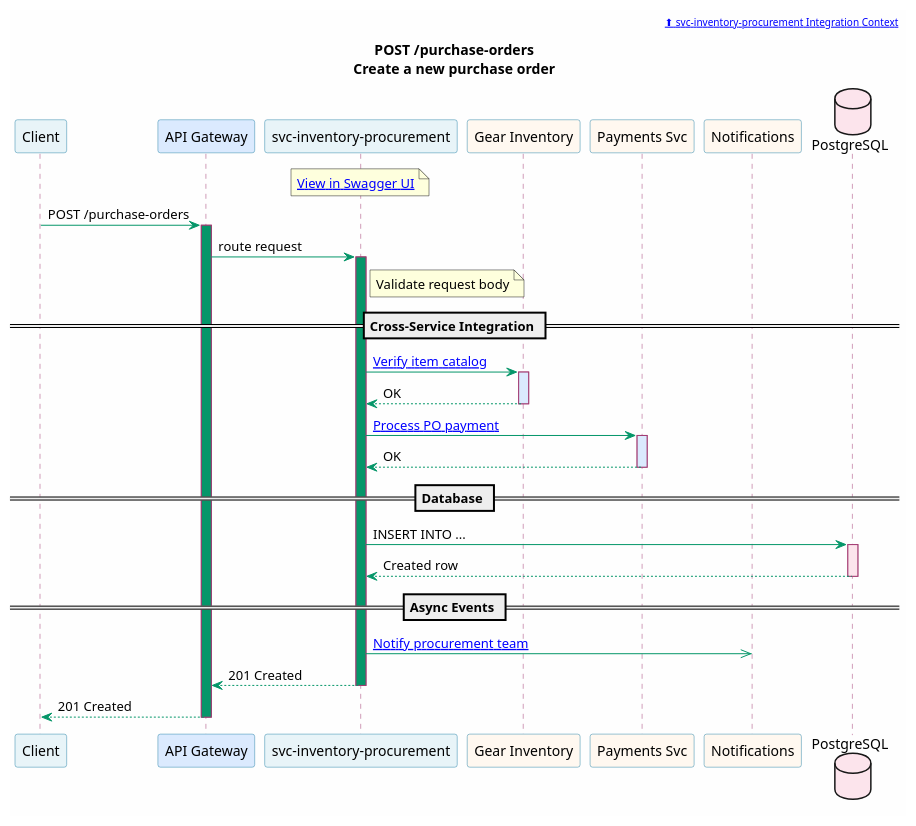
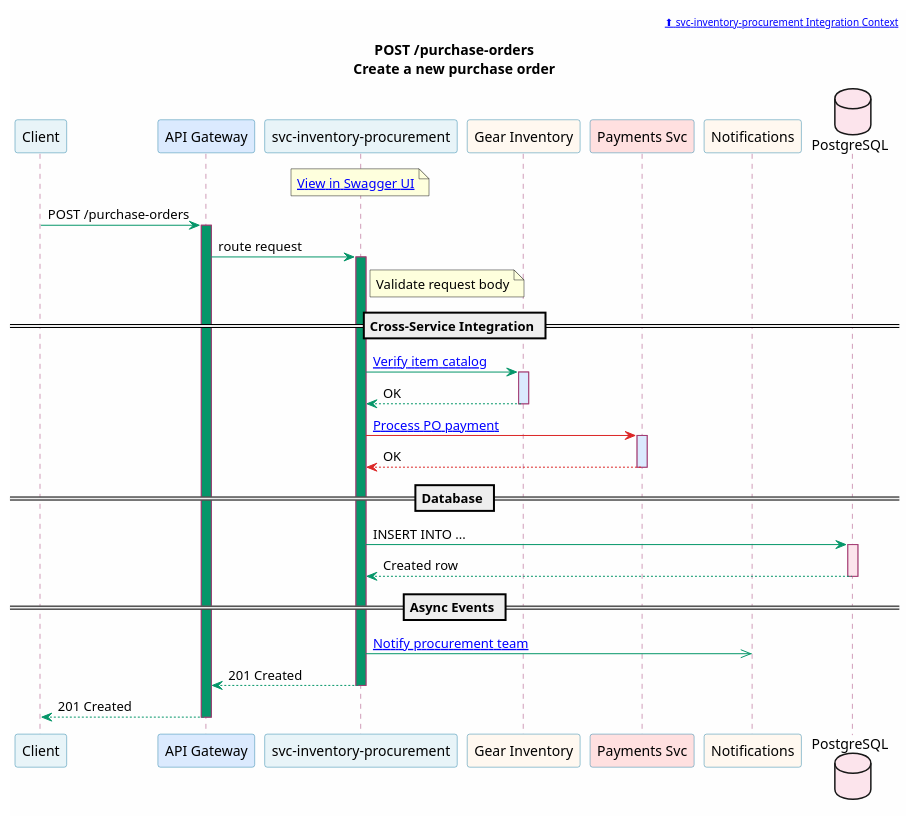
The diagram in portal/site/microservices/puml/svc-inventory-procurement--post-purchase-orders.puml (christopherblaisdell/continuous-architecture-platform-poc), drawn with PlantUML before and after one commit. The commit also changed 60 other files, not shown here.

First line of the commit message:
PCI DSS compliance zone with Payment Gateway and red data flow lines

```diff
--- a/portal/site/microservices/puml/svc-inventory-procurement--post-purchase-orders.puml
+++ b/portal/site/microservices/puml/svc-inventory-procurement--post-purchase-orders.puml
@@ -1,68 +1,68 @@
 @startuml svc-inventory-procurement--post-purchase-orders
 
 skinparam backgroundColor #FEFEFE
 skinparam shadowing false
 skinparam defaultFontName "Segoe UI"
 skinparam sequence {
     ArrowColor #059669
     ParticipantBorderColor #2E86AB
     ParticipantBackgroundColor #E8F4F8
     LifeLineBorderColor #A23B72
     BoxBorderColor #F18F01
     BoxBackgroundColor #FFF8F0
     NoteBorderColor #c77b30
     NoteBackgroundColor #FEF3E7
 }
 
 header [[/microservices/svc-inventory-procurement/#integration-context ⬆ svc-inventory-procurement Integration Context]]
 
 title POST /purchase-orders\nCreate a new purchase order
 
 participant "Client" as Client [[/applications/]]
 participant "API Gateway" as GW #DBEAFE
 participant "svc-inventory-procurement" as Svc [[/microservices/svc-inventory-procurement/]] #E8F4F8
 participant "Gear Inventory" as GI [[/microservices/svc-gear-inventory/]] #FFF8F0
-participant "Payments Svc" as Pay [[/microservices/svc-payments/]] #FFF8F0
+participant "Payments Svc" as Pay [[/microservices/svc-payments/]] #FFE0E0
 participant "Notifications" as Ntfy [[/microservices/svc-notifications/]] #FFF8F0
 database "PostgreSQL" as DB #FCE4EC
 
 note over Svc
   [[/services/api/svc-inventory-procurement.html View in Swagger UI]]
 end note
 
 Client -> GW : POST /purchase-orders
 activate GW #059669
 GW -> Svc : route request
 activate Svc #059669
 
 note right of Svc : Validate request body
 
 == Cross-Service Integration ==
 
 Svc -> GI : [[/microservices/svc-gear-inventory/#get-gear-items-search-gear-inventory Verify item catalog]]
 activate GI #DBEAFE
 GI --> Svc : OK
 deactivate GI
 
-Svc -> Pay : [[/microservices/svc-payments/#post-payments-process-a-payment Process PO payment]]
+Svc -[#DC2626]> Pay : [[/microservices/svc-payments/#post-payments-process-a-payment Process PO payment]]
 activate Pay #DBEAFE
-Pay --> Svc : OK
+Pay --[#DC2626]> Svc : OK
 deactivate Pay
 
 == Database ==
 
 Svc -> DB : INSERT INTO ...
 activate DB #FCE4EC
 DB --> Svc : Created row
 deactivate DB
 
 == Async Events ==
 
 Svc ->> Ntfy : [[/microservices/svc-notifications/#post-notifications-send-a-notification Notify procurement team]]
 
 Svc --> GW : 201 Created
 deactivate Svc
 GW --> Client : 201 Created
 deactivate GW
 
 @enduml
```
